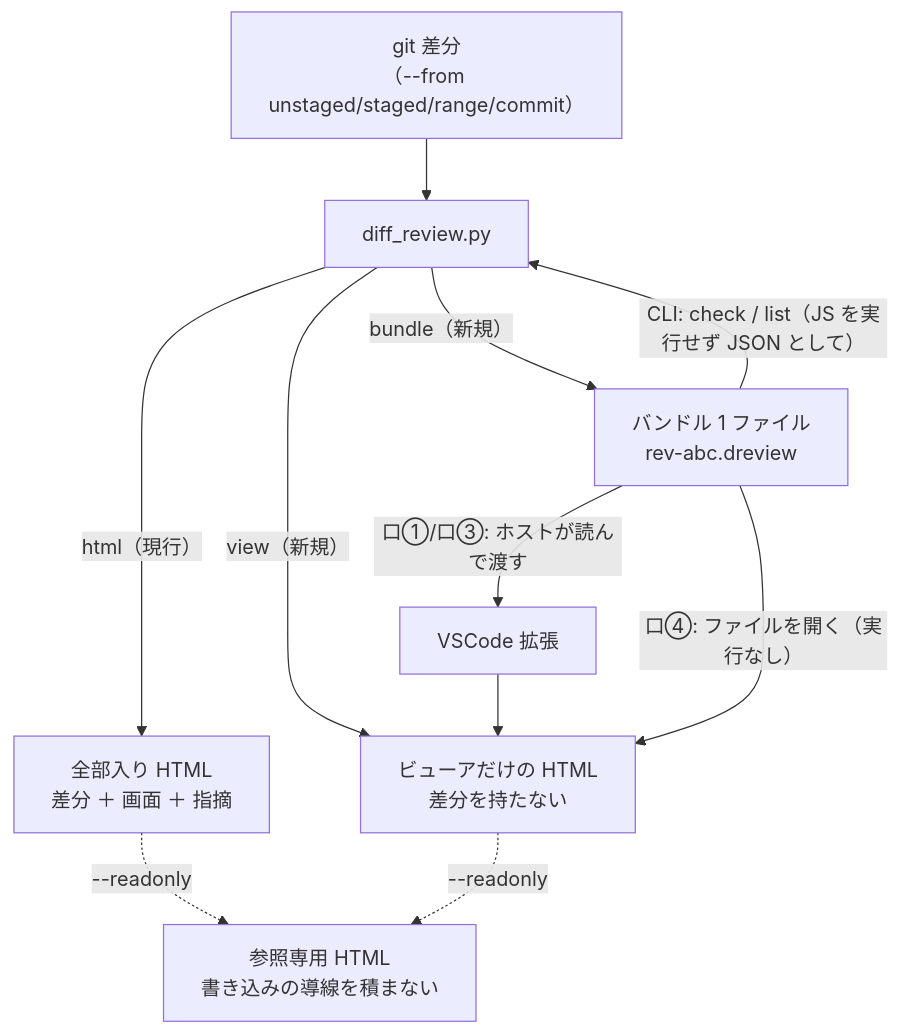
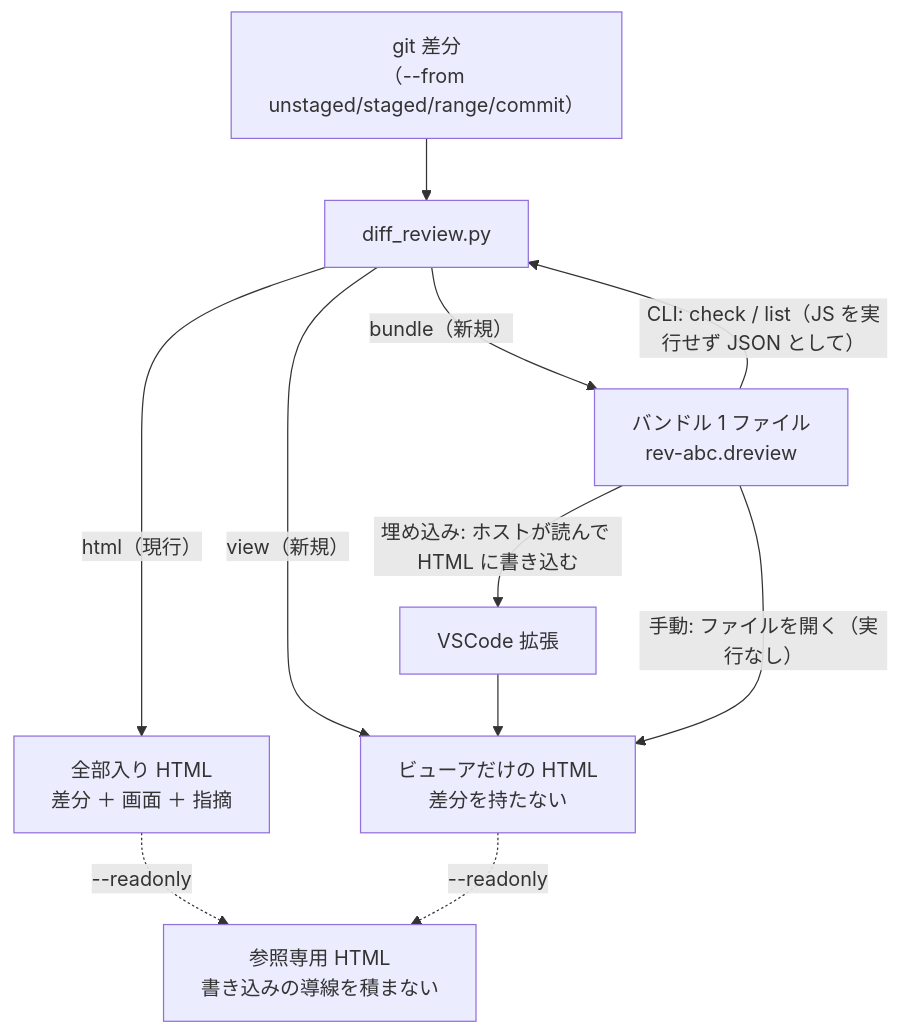
The diagram in .aidev/works/20260916-diff-review-bundle/design.md (asaomaro/public_docs), drawn with Mermaid before and after one commit. The commit also changed other lines of this file and 11 other files, not shown here.

First line of the commit message:
fix(diff-review-html): 取り込み口を「手動」と「埋め込み」の2系統だけにする

````diff
--- a/.aidev/works/20260916-diff-review-bundle/design.md
+++ b/.aidev/works/20260916-diff-review-bundle/design.md
@@ -8,13 +8,13 @@
 ```mermaid
 flowchart TB
   G["git 差分<br/>（--from unstaged/staged/range/commit）"]
   G --> CLI["diff_review.py"]
   CLI -->|"html（現行）"| H1["全部入り HTML<br/>差分 ＋ 画面 ＋ 指摘"]
   CLI -->|"bundle（新規）"| B["バンドル 1 ファイル<br/>rev-abc.dreview"]
   CLI -->|"view（新規）"| V["ビューアだけの HTML<br/>差分を持たない"]
-  B -->|"口①/口③: ホストが読んで渡す"| EXT["VSCode 拡張"] --> V
-  B -->|"口④: ファイルを開く（実行なし）"| V
+  B -->|"埋め込み: ホストが読んで HTML に書き込む"| EXT["VSCode 拡張"] --> V
+  B -->|"手動: ファイルを開く（実行なし）"| V
   B -->|"CLI: check / list（JS を実行せず JSON として）"| CLI
   H1 -.->|"--readonly"| RO["参照専用 HTML<br/>書き込みの導線を積まない"]
   V -.->|"--readonly"| RO
 ```
````
